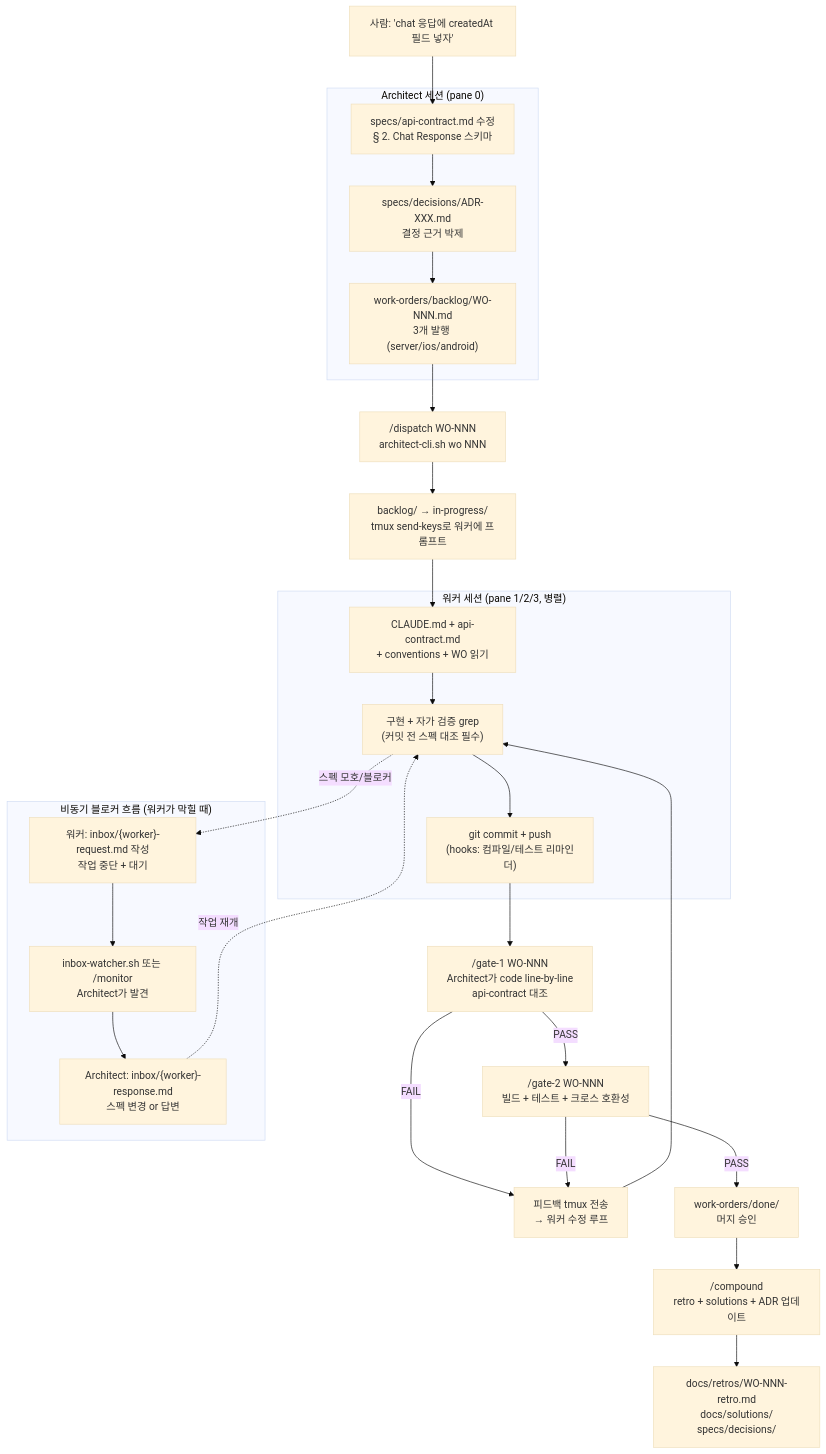
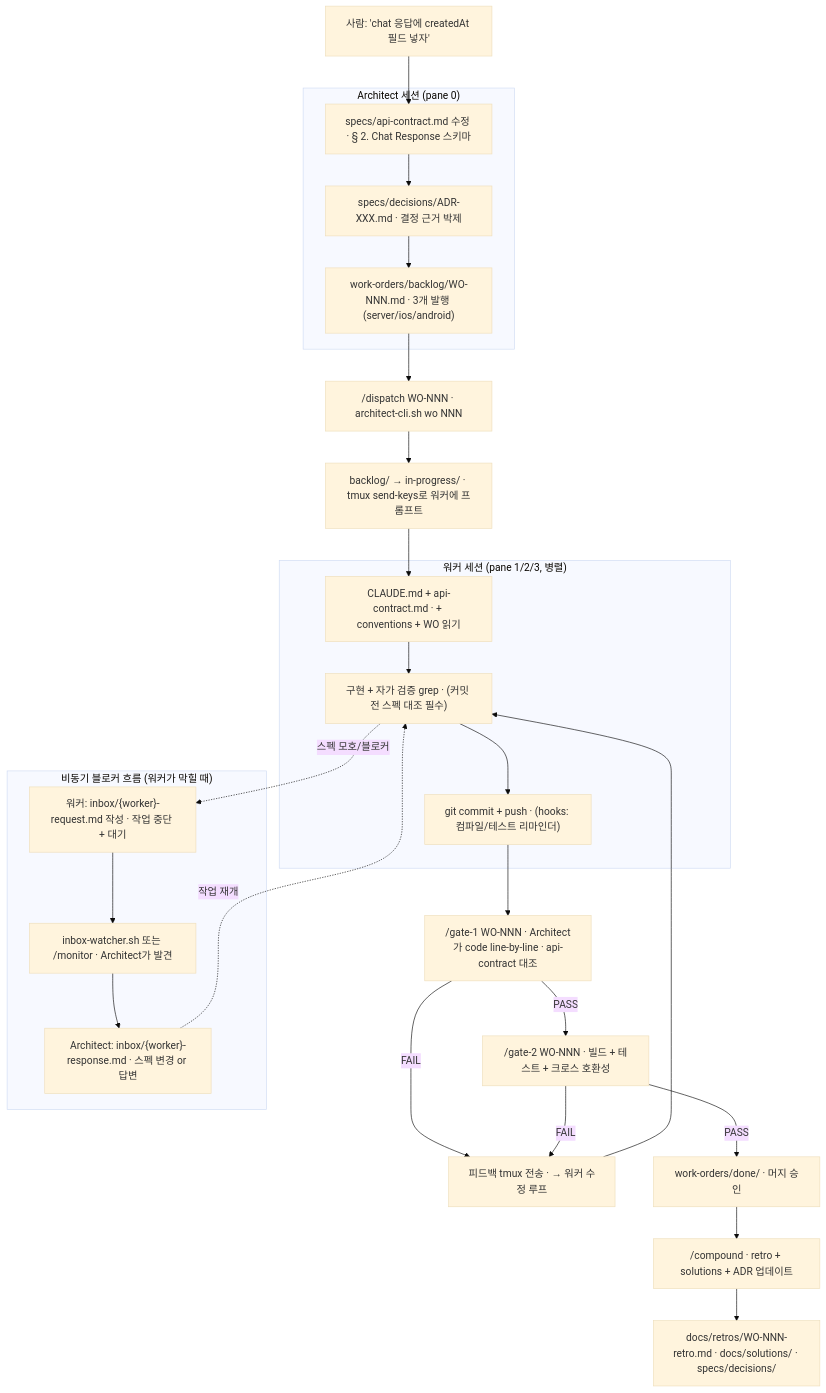
The diagram in content/harness-engineering/architect-flow-map-via-aidy-architect.mdx (Mino777/ai-study), drawn with Mermaid (base theme) before and after one commit. The commit also changed 16 other files, not shown here.

First line of the commit message:
fix: Mermaid <br/> 렌더링 에러 근본 해결 — auto-fix 승격 + 전체 MDX 일괄 치환

````diff
--- a/content/harness-engineering/architect-flow-map-via-aidy-architect.mdx
+++ b/content/harness-engineering/architect-flow-map-via-aidy-architect.mdx
@@ -118,52 +118,52 @@
 ```mermaid
 flowchart TD
     Human["사람: 'chat 응답에 createdAt 필드 넣자'"]
 
     subgraph Architect ["Architect 세션 (pane 0)"]
-      Spec["specs/api-contract.md 수정<br/>§ 2. Chat Response 스키마"]
-      ADR["specs/decisions/ADR-XXX.md<br/>결정 근거 박제"]
-      WO_new["work-orders/backlog/WO-NNN.md<br/>3개 발행 (server/ios/android)"]
+      Spec["specs/api-contract.md 수정 · § 2. Chat Response 스키마"]
+      ADR["specs/decisions/ADR-XXX.md · 결정 근거 박제"]
+      WO_new["work-orders/backlog/WO-NNN.md · 3개 발행 (server/ios/android)"]
     end
 
     Human --> Spec
     Spec --> ADR
     ADR --> WO_new
 
-    WO_new --> Dispatch["/dispatch WO-NNN<br/>architect-cli.sh wo NNN"]
-    Dispatch --> Move["backlog/ → in-progress/<br/>tmux send-keys로 워커에 프롬프트"]
+    WO_new --> Dispatch["/dispatch WO-NNN · architect-cli.sh wo NNN"]
+    Dispatch --> Move["backlog/ → in-progress/ · tmux send-keys로 워커에 프롬프트"]
 
     subgraph Workers ["워커 세션 (pane 1/2/3, 병렬)"]
-      W_read["CLAUDE.md + api-contract.md<br/>+ conventions + WO 읽기"]
-      W_impl["구현 + 자가 검증 grep<br/>(커밋 전 스펙 대조 필수)"]
-      W_commit["git commit + push<br/>(hooks: 컴파일/테스트 리마인더)"]
+      W_read["CLAUDE.md + api-contract.md · + conventions + WO 읽기"]
+      W_impl["구현 + 자가 검증 grep · (커밋 전 스펙 대조 필수)"]
+      W_commit["git commit + push · (hooks: 컴파일/테스트 리마인더)"]
     end
 
     Move --> W_read
     W_read --> W_impl
     W_impl --> W_commit
 
-    W_commit --> G1["/gate-1 WO-NNN<br/>Architect가 code line-by-line<br/>api-contract 대조"]
+    W_commit --> G1["/gate-1 WO-NNN · Architect가 code line-by-line · api-contract 대조"]
 
-    G1 -->|FAIL| Feedback["피드백 tmux 전송<br/>→ 워커 수정 루프"]
+    G1 -->|FAIL| Feedback["피드백 tmux 전송 · → 워커 수정 루프"]
     Feedback --> W_impl
 
-    G1 -->|PASS| G2["/gate-2 WO-NNN<br/>빌드 + 테스트 + 크로스 호환성"]
+    G1 -->|PASS| G2["/gate-2 WO-NNN · 빌드 + 테스트 + 크로스 호환성"]
 
     G2 -->|FAIL| Feedback
-    G2 -->|PASS| Done["work-orders/done/<br/>머지 승인"]
+    G2 -->|PASS| Done["work-orders/done/ · 머지 승인"]
 
-    Done --> Compound["/compound<br/>retro + solutions + ADR 업데이트"]
+    Done --> Compound["/compound · retro + solutions + ADR 업데이트"]
 
-    Compound --> Knowledge["docs/retros/WO-NNN-retro.md<br/>docs/solutions/<br/>specs/decisions/"]
+    Compound --> Knowledge["docs/retros/WO-NNN-retro.md · docs/solutions/ · specs/decisions/"]
 
     subgraph Async ["비동기 블로커 흐름 (워커가 막힐 때)"]
-      Block["워커: inbox/{worker}-request.md 작성<br/>작업 중단 + 대기"]
-      Watch["inbox-watcher.sh 또는 /monitor<br/>Architect가 발견"]
-      Resp["Architect: inbox/{worker}-response.md<br/>스펙 변경 or 답변"]
+      Block["워커: inbox/{worker}-request.md 작성 · 작업 중단 + 대기"]
+      Watch["inbox-watcher.sh 또는 /monitor · Architect가 발견"]
+      Resp["Architect: inbox/{worker}-response.md · 스펙 변경 or 답변"]
     end
 
     W_impl -.스펙 모호/블로커.-> Block
     Block --> Watch
     Watch --> Resp
     Resp -.작업 재개.-> W_impl
 ```
````
